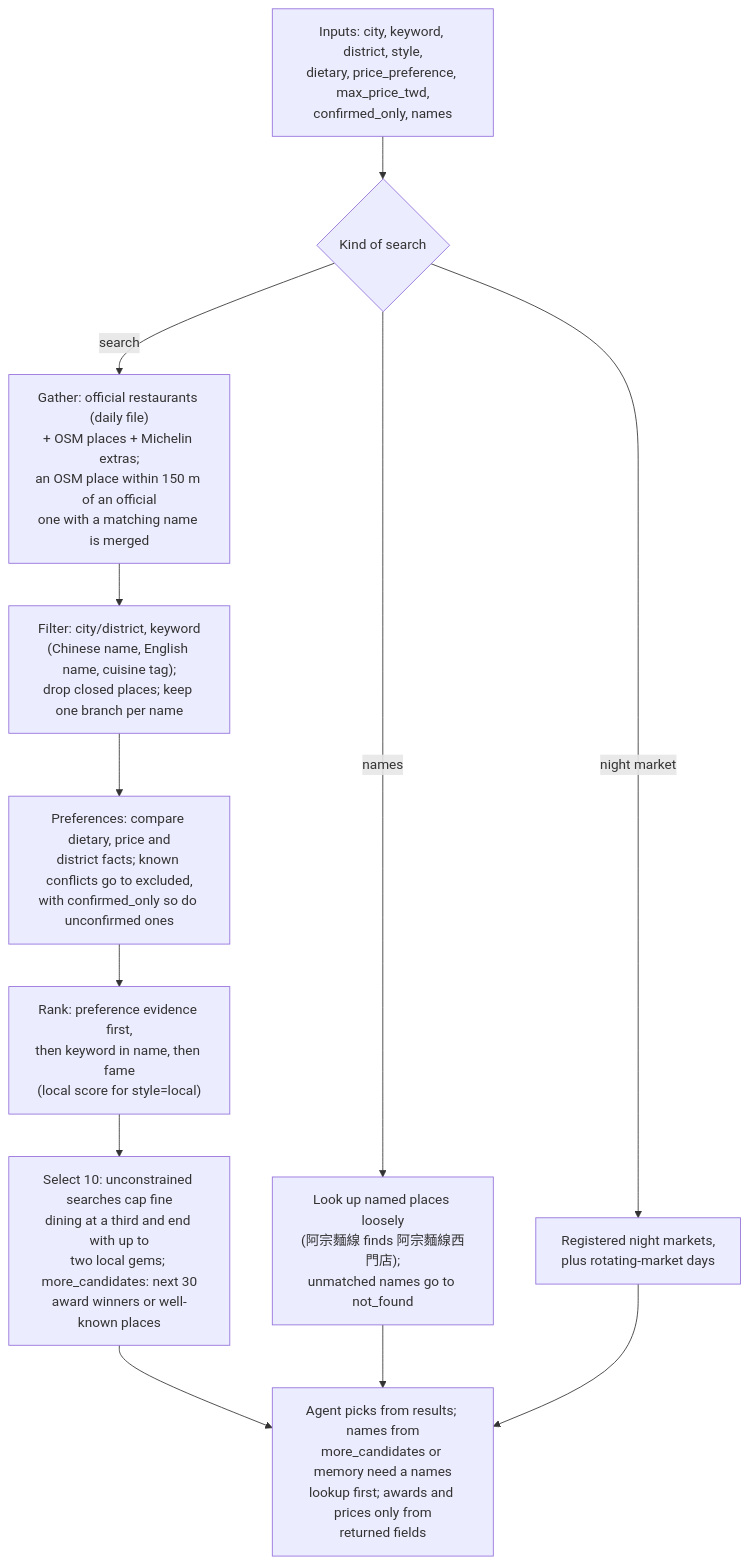
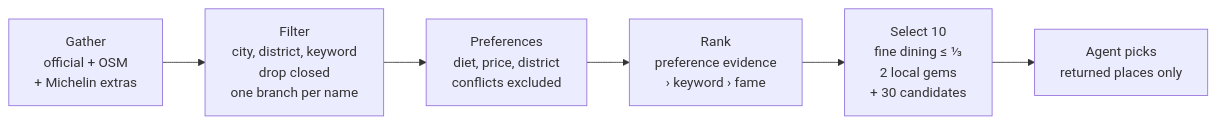
Before and after one commit to Joshuahuang55/AgenticAI_project1_TaiwanTrip: the third of 4 diagrams in docs/DESIGN.md, drawn with Mermaid. The commit also changed other lines of this file, not shown here.

First line of the commit message:
Tighten the agent design and tool sections of the design notes

````diff
--- a/docs/DESIGN.md
+++ b/docs/DESIGN.md
@@ -242,14 +250,8 @@
 ```mermaid
-flowchart TD
-    I["Inputs: city, keyword, district, style,<br/>dietary, price_preference, max_price_twd,<br/>confirmed_only, names"] --> K{Kind of search}
-    K -->|names| D["Look up named places loosely<br/>(阿宗麵線 finds 阿宗麵線西門店);<br/>unmatched names go to not_found"]
-    K -->|night market| NM[Registered night markets,<br/>plus rotating-market days]
-    K -->|search| S["Gather: official restaurants (daily file)<br/>+ OSM places + Michelin extras;<br/>an OSM place within 150 m of an official<br/>one with a matching name is merged"]
-    S --> F["Filter: city/district, keyword<br/>(Chinese name, English name, cuisine tag);<br/>drop closed places; keep one branch per name"]
-    F --> PR["Preferences: compare dietary, price and<br/>district facts; known conflicts go to excluded,<br/>with confirmed_only so do unconfirmed ones"]
-    PR --> R["Rank: preference evidence first,<br/>then keyword in name, then fame<br/>(local score for style=local)"]
-    R --> SEL["Select 10: unconstrained searches cap fine<br/>dining at a third and end with up to<br/>two local gems; more_candidates: next 30<br/>award winners or well-known places"]
-    SEL --> LLM["Agent picks from results; names from<br/>more_candidates or memory need a names<br/>lookup first; awards and prices only from<br/>returned fields"]
-    D --> LLM
-    NM --> LLM
+flowchart LR
+    G["Gather<br/>official + OSM<br/>+ Michelin extras"] --> F["Filter<br/>city, district, keyword<br/>drop closed<br/>one branch per name"]
+    F --> P["Preferences<br/>diet, price, district<br/>conflicts excluded"]
+    P --> R["Rank<br/>preference evidence<br/>› keyword › fame"]
+    R --> S["Select 10<br/>fine dining ≤ ⅓<br/>2 local gems<br/>+ 30 candidates"]
+    S --> A["Agent picks<br/>returned places only"]
 ```
````
